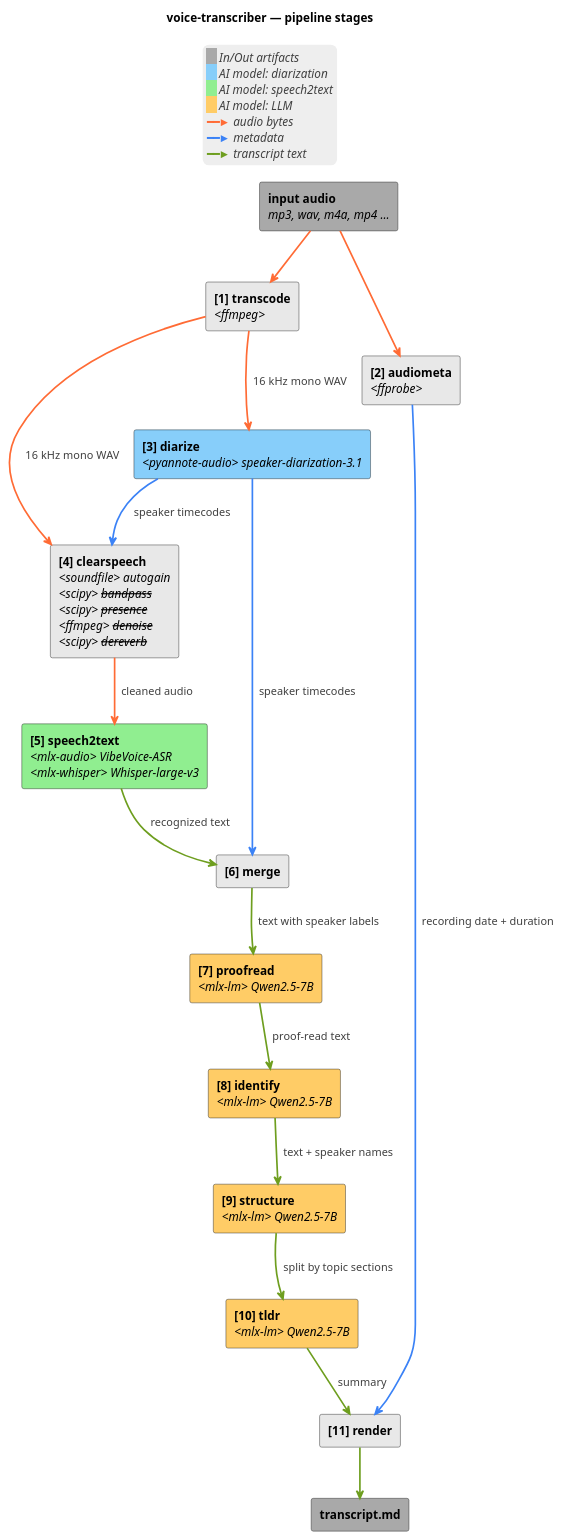
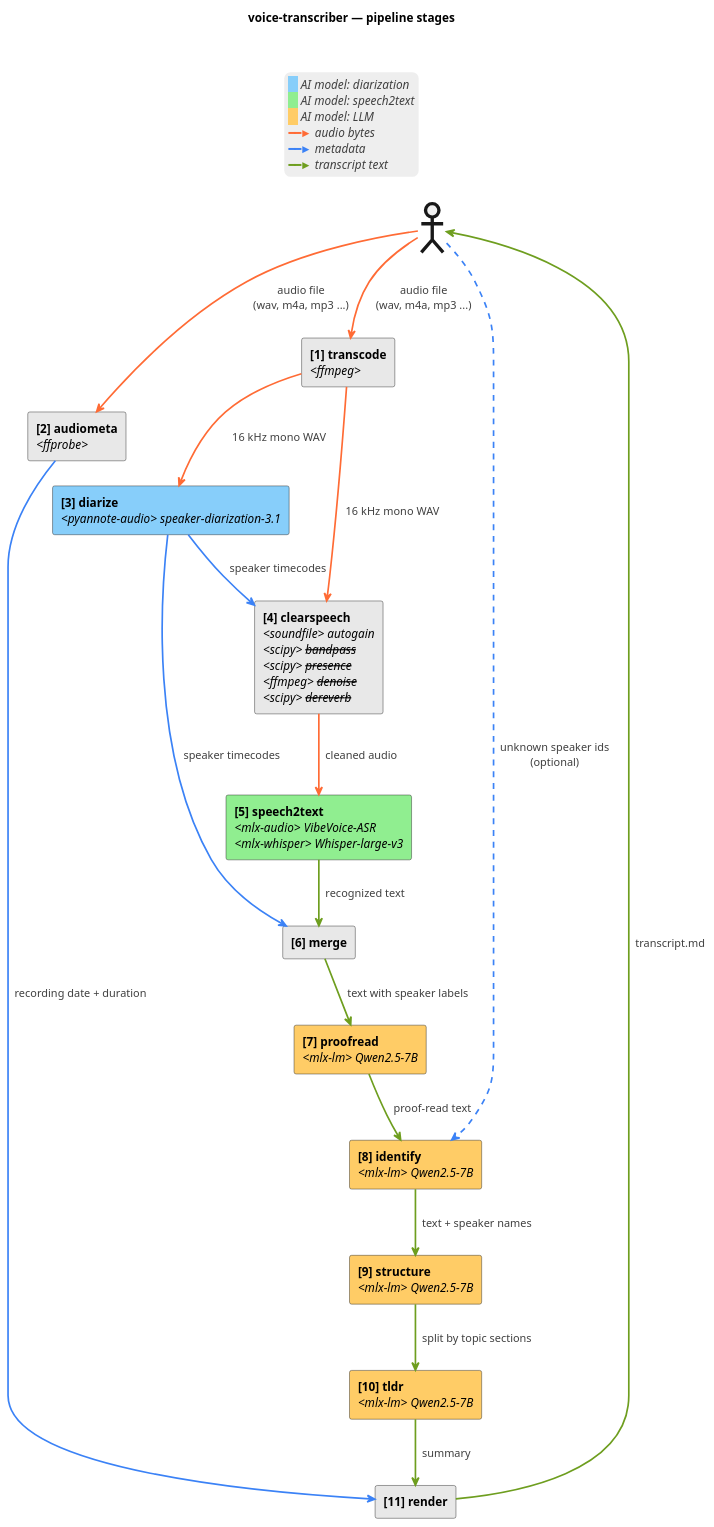
Before and after one commit to artem-from-ua/voice-transcriber: the diagram in docs/architecture.md, drawn with PlantUML. The commit also changed other lines of this file and 6 other files, not shown here.

````diff
--- a/docs/architecture.md
+++ b/docs/architecture.md
@@ -21,54 +23,62 @@
 ```plantuml
 @startuml
 title voice-transcriber — pipeline stages
 skinparam componentStyle rectangle
 skinparam ArrowThickness 2
 skinparam legendBorderColor transparent
 skinparam legendBackgroundColor #EEEEEE
 
-[<b>input audio</b>\n<i>mp3, wav, m4a, mp4 ...</i>] as Input #A9A9A9
-[<b>transcript.md</b>] as Output #A9A9A9
+<style>
+  document {
+    Margin 25
+  }
+  actor {
+    LineThickness 4
+  }
+</style>
+
+actor " " as User
 
 component "<b>[1] transcode</b>\n<i><ffmpeg></i>" as WAV #E8E8E8
 component "<b>[2] audiometa</b>\n<i><ffprobe></i>" as FF #E8E8E8
 component "<b>[3] diarize</b>\n<i><pyannote-audio> speaker-diarization-3.1</i>" as Diar #87CEFA
 component "<b>[4] clearspeech</b>\n<i><soundfile> autogain</i>\n<i><scipy> <s>bandpass</s></i>\n<i><scipy> <s>presence</s></i>\n<i><ffmpeg> <s>denoise</s></i>\n<i><scipy> <s>dereverb</s></i>" as CS #E8E8E8
 component "<b>[5] speech2text</b>\n<i><mlx-audio> VibeVoice-ASR</i>\n<i><mlx-whisper> Whisper-large-v3</i>" as ASR #90EE90
 component "<b>[6] merge</b>" as Merge #E8E8E8
 component "<b>[7] proofread</b>\n<i><mlx-lm> Qwen2.5-7B</i>" as Post #FFCC66
 component "<b>[8] identify</b>\n<i><mlx-lm> Qwen2.5-7B</i>" as Ident #FFCC66
 component "<b>[9] structure</b>\n<i><mlx-lm> Qwen2.5-7B</i>" as Struct #FFCC66
 component "<b>[10] tldr</b>\n<i><mlx-lm> Qwen2.5-7B</i>" as TLDR #FFCC66
 component "<b>[11] render</b>" as Render #E8E8E8
 
-Input -[#FF6B35]-> FF
-Input -[#FF6B35]-> WAV
+User -[#FF6B35]-> FF : <color:#404040>  audio file</color>\n<color:#404040>  (wav, m4a, mp3 ...)</color>
+User -[#FF6B35]-> WAV : <color:#404040>  audio file</color>\n<color:#404040>  (wav, m4a, mp3 ...)</color>
+User -[#3B82F6,dashed]-> Ident : <color:#404040>  unknown speaker ids</color>\n<color:#404040>  (optional)</color>
 
 WAV -[#FF6B35]-> Diar : <color:#404040>  16 kHz mono WAV</color>
 WAV -[#FF6B35]-> CS : <color:#404040>  16 kHz mono WAV</color>
 Diar -[#3B82F6]-> CS : <color:#404040>  speaker timecodes</color>
 CS -[#FF6B35]-> ASR : <color:#404040>  cleaned audio</color>
 
 ASR -[#6E9E1F]-> Merge : <color:#404040>  recognized text</color>
 Diar -[#3B82F6]-> Merge : <color:#404040>  speaker timecodes</color>
 
 Merge -[#6E9E1F]-> Post : <color:#404040>  text with speaker labels</color>
 Post -[#6E9E1F]-> Ident : <color:#404040>  proof-read text</color>
 Ident -[#6E9E1F]-> Struct : <color:#404040>  text + speaker names</color>
 Struct -[#6E9E1F]-> TLDR : <color:#404040>  split by topic sections</color>
 
 FF -[#3B82F6]-> Render : <color:#404040>  recording date + duration</color>
 TLDR -[#6E9E1F]-> Render : <color:#404040>  summary</color>
-Render -[#6E9E1F]-> Output
+Render -[#6E9E1F]-> User : <color:#404040>  transcript.md</color>
 
 legend top center
-  <back:#A9A9A9>   </back> <i><color:#404040>In/Out artifacts</color></i>
   <back:#87CEFA>   </back> <i><color:#404040>AI model: diarization</color></i>
   <back:#90EE90>   </back> <i><color:#404040>AI model: speech2text</color></i>
   <back:#FFCC66>   </back> <i><color:#404040>AI model: LLM</color></i>
   <color:#FF6B35>━━►</color> <i><color:#404040>audio bytes</color></i>
   <color:#3B82F6>━━►</color> <i><color:#404040>metadata</color></i>
   <color:#6E9E1F>━━►</color> <i><color:#404040>transcript text</color></i>
 end legend
 @enduml
 ```
````
